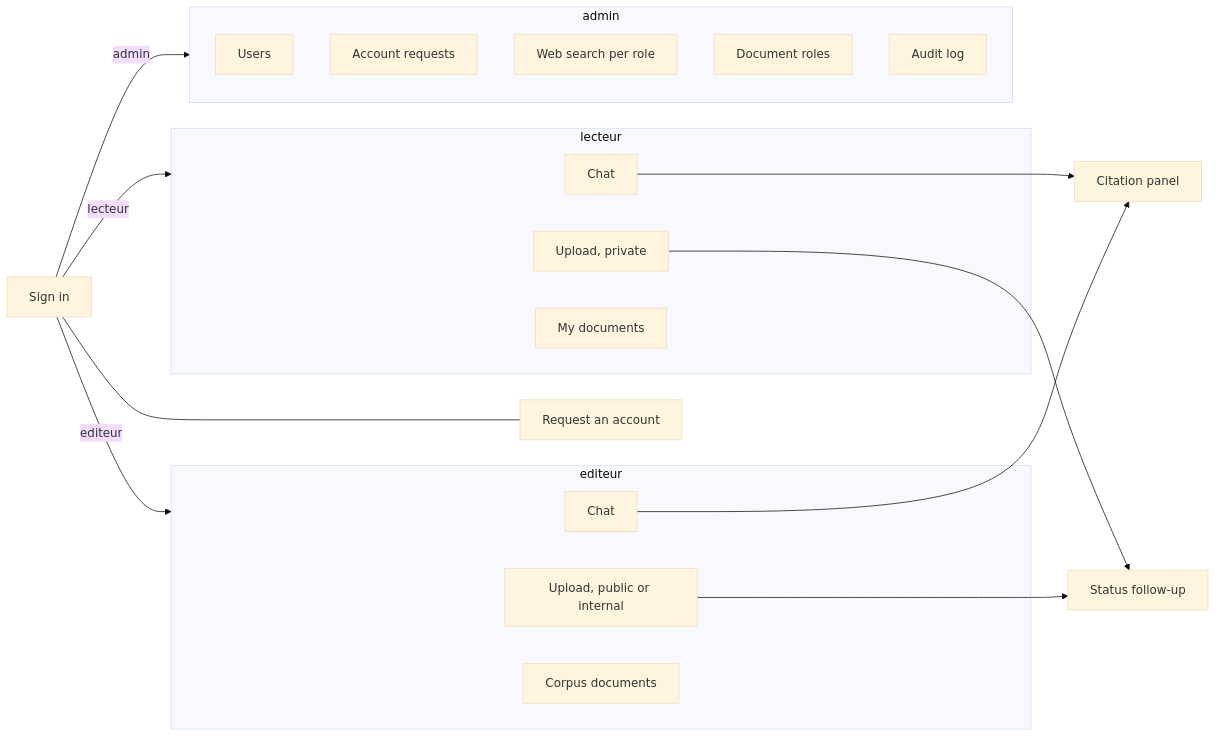
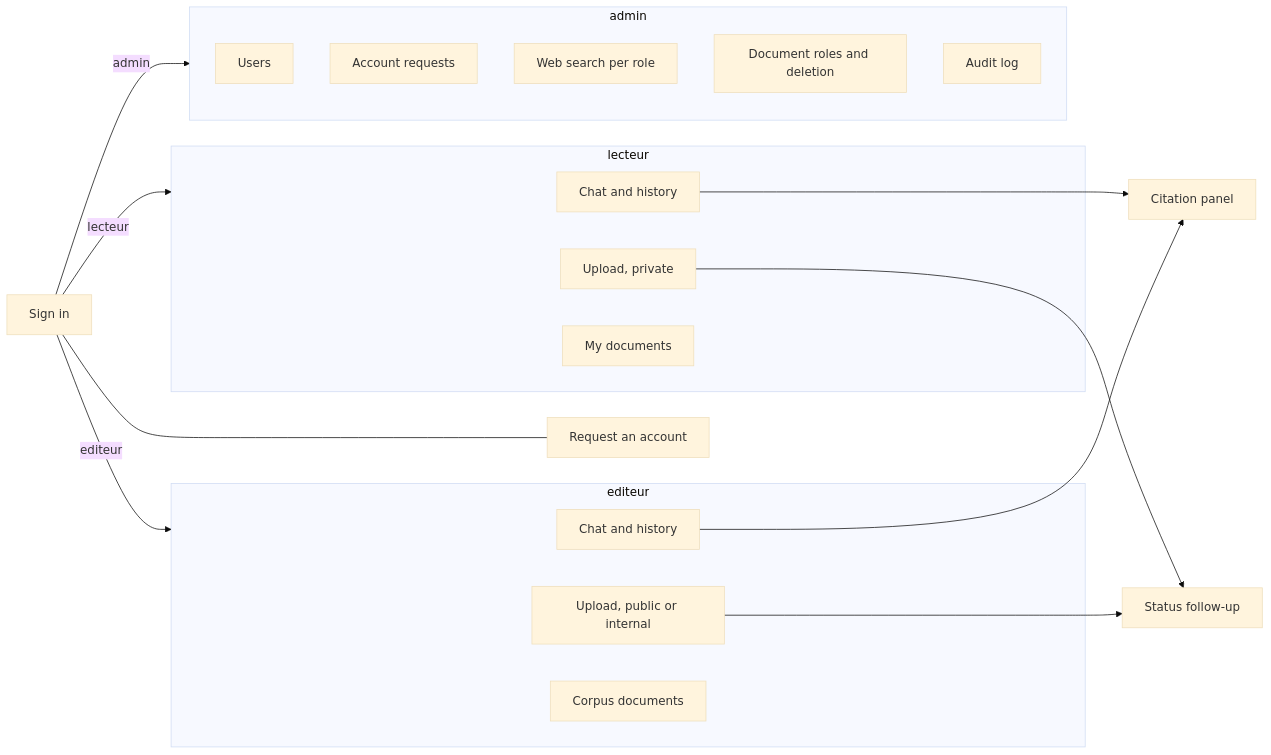
One commit to MiloudiAhmed/moroccan-regulatory-assistant changed the diagram in docs/specs/P7-interface.md. Above: the diagram before and after it, drawn with Mermaid (base theme). The commit also changed other lines of this file and 7 other files, not shown here.

First line of the commit message:
docs(access): add saved conversation history and admin deletion of corpus documents (#7)

````diff
--- a/docs/specs/P7-interface.md
+++ b/docs/specs/P7-interface.md
@@ -116,28 +117,28 @@
 ```mermaid
 flowchart LR
     SI["Sign in"] --- AR["Request an account"]
     SI -->|lecteur| L
     SI -->|editeur| E
     SI -->|admin| A
     subgraph L["lecteur"]
-        L1["Chat"]
+        L1["Chat and history"]
         L2["Upload, private"]
         L3["My documents"]
     end
     subgraph E["editeur"]
-        E1["Chat"]
+        E1["Chat and history"]
         E2["Upload, public or internal"]
         E3["Corpus documents"]
     end
     subgraph A["admin"]
         A1["Users"]
         A2["Account requests"]
         A3["Web search per role"]
-        A4["Document roles"]
+        A4["Document roles and deletion"]
         A5["Audit log"]
     end
     L1 --> CIT["Citation panel"]
     E1 --> CIT
     L2 --> ST["Status follow-up"]
     E2 --> ST
 ```
````
